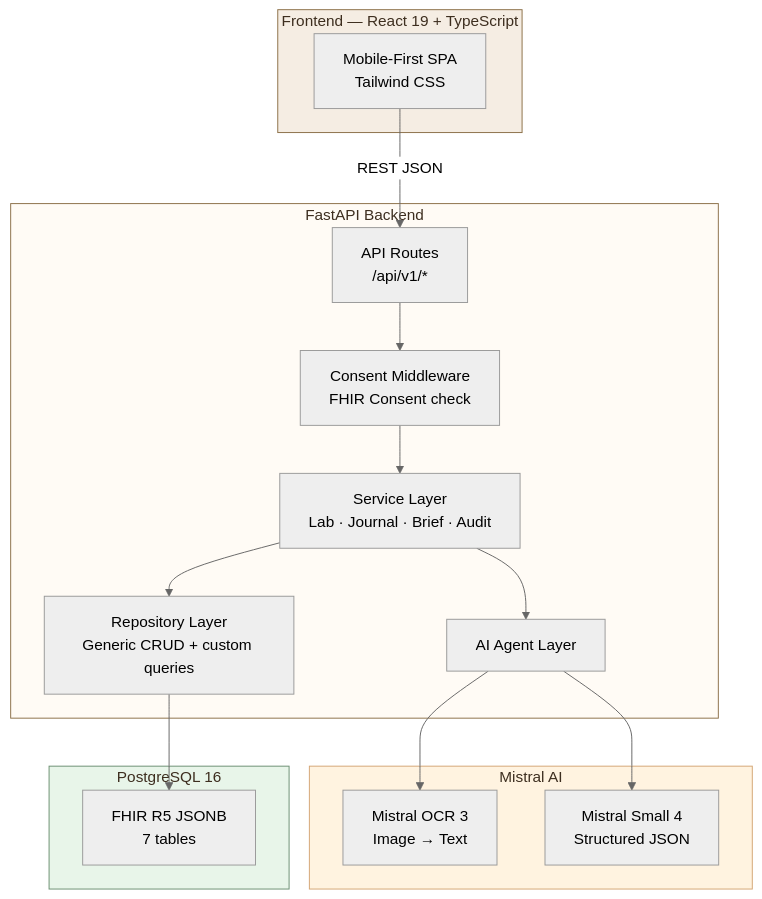
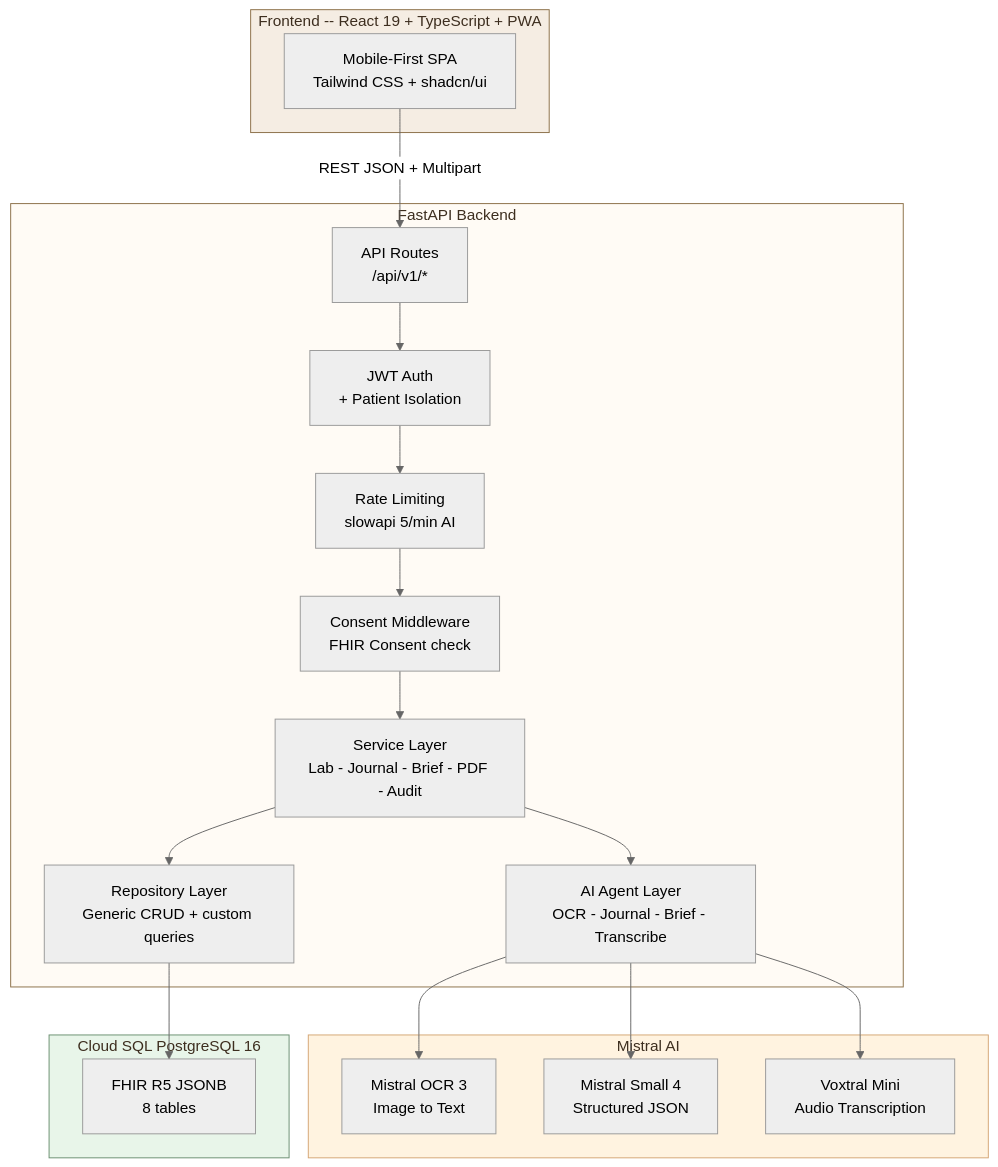
The second of 5 diagrams in README.md (soneeee22000/entre-deux), drawn with Mermaid (neutral theme) before and after one commit. The commit also changed other lines of this file, not shown here.

Commit message:
docs: update README with voice journal, PDF export, auth, deploy, 207 tests

````diff
--- a/README.md
+++ b/README.md
@@ -77,37 +89,43 @@
 ```mermaid
 graph TB
-    subgraph Client["Frontend — React 19 + TypeScript"]
-        UI["Mobile-First SPA<br/>Tailwind CSS"]
+    subgraph Client["Frontend -- React 19 + TypeScript + PWA"]
+        UI["Mobile-First SPA<br/>Tailwind CSS + shadcn/ui"]
     end
 
     subgraph API["FastAPI Backend"]
+        Auth["JWT Auth<br/>+ Patient Isolation"]
         Routes["API Routes<br/>/api/v1/*"]
+        Rate["Rate Limiting<br/>slowapi 5/min AI"]
         Consent["Consent Middleware<br/>FHIR Consent check"]
-        Services["Service Layer<br/>Lab · Journal · Brief · Audit"]
-        Agents["AI Agent Layer"]
+        Services["Service Layer<br/>Lab - Journal - Brief - PDF - Audit"]
+        Agents["AI Agent Layer<br/>OCR - Journal - Brief - Transcribe"]
         Repos["Repository Layer<br/>Generic CRUD + custom queries"]
     end
 
     subgraph AI["Mistral AI"]
-        OCR["Mistral OCR 3<br/>Image → Text"]
+        OCR["Mistral OCR 3<br/>Image to Text"]
         Small["Mistral Small 4<br/>Structured JSON"]
+        Voxtral["Voxtral Mini<br/>Audio Transcription"]
     end
 
-    subgraph DB["PostgreSQL 16"]
-        JSONB["FHIR R5 JSONB<br/>7 tables"]
+    subgraph DB["Cloud SQL PostgreSQL 16"]
+        JSONB["FHIR R5 JSONB<br/>8 tables"]
     end
 
-    UI -->|REST JSON| Routes
-    Routes --> Consent
+    UI -->|REST JSON + Multipart| Routes
+    Routes --> Auth
+    Auth --> Rate
+    Rate --> Consent
     Consent --> Services
     Services --> Agents
     Services --> Repos
     Agents --> OCR
     Agents --> Small
+    Agents --> Voxtral
     Repos --> JSONB
 
     style Client fill:#f5ede3,stroke:#8b6f47,color:#3d2e1f
     style API fill:#fffbf5,stroke:#8b6f47,color:#3d2e1f
     style AI fill:#fff3e0,stroke:#d4a574,color:#3d2e1f
     style DB fill:#e8f5e9,stroke:#6b8f71,color:#3d2e1f
 ```
````
